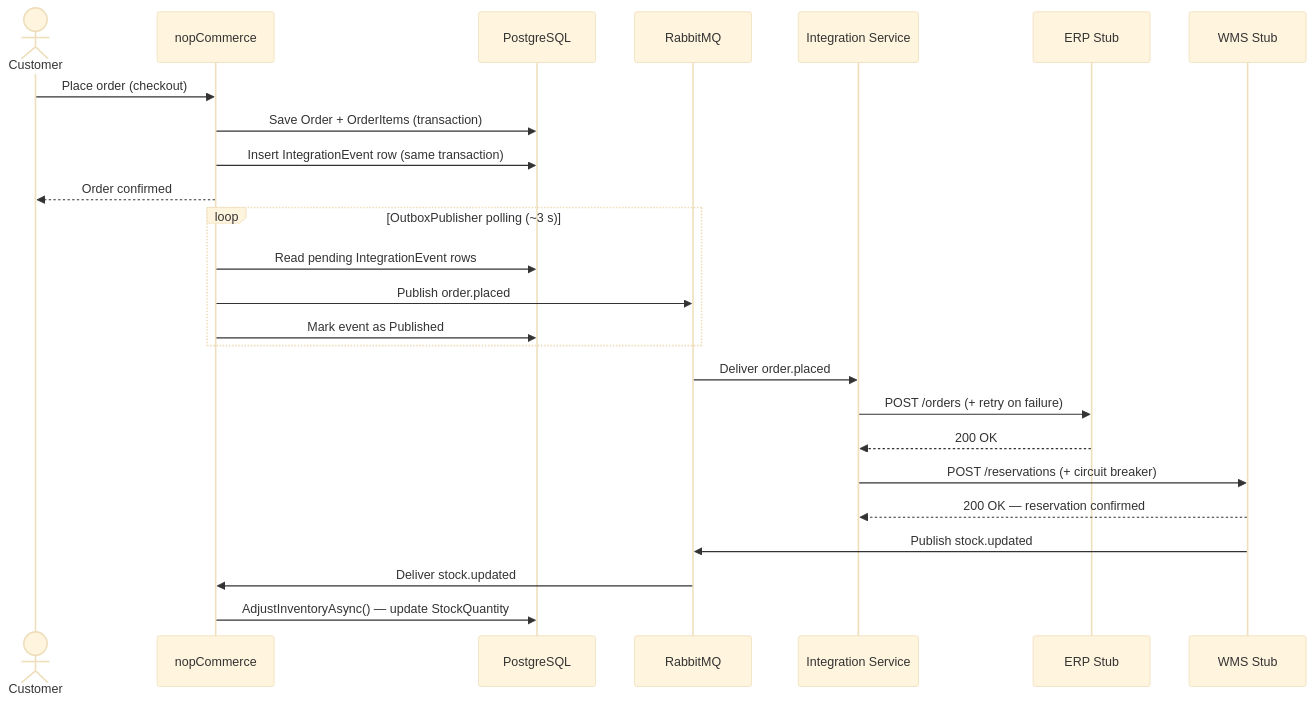
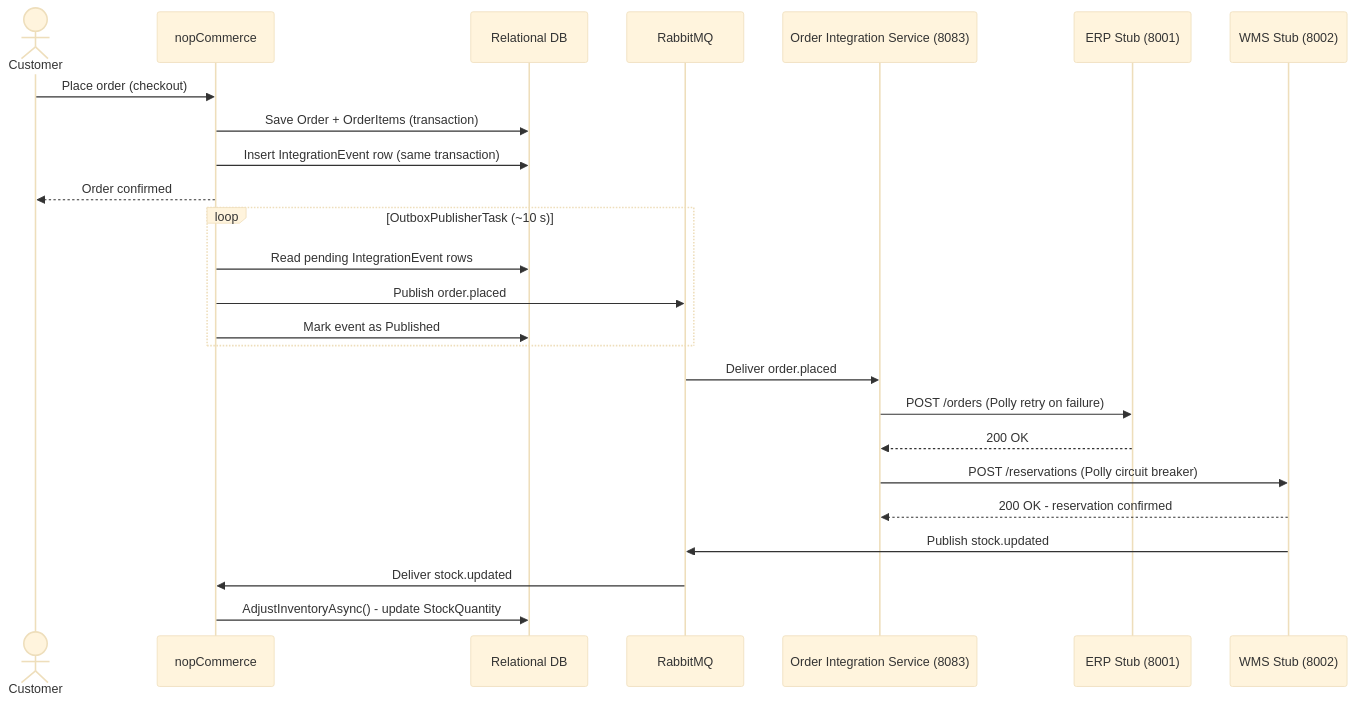
One commit to AS-Assignment2/AS-2-NopCommerce changed the seventh of 11 diagrams in docs/architecture-report.md. Above: the diagram before and after it, drawn with Mermaid (base theme). The commit also changed other lines of this file and 24 other files, not shown here.

````diff
--- a/docs/architecture-report.md
+++ b/docs/architecture-report.md
@@ -421,31 +448,31 @@
 ```mermaid
 sequenceDiagram
     actor Customer
     participant NOP as nopCommerce
-    participant DB as PostgreSQL
+    participant DB as Relational DB
     participant RMQ as RabbitMQ
-    participant IntSvc as Integration Service
-    participant ERP as ERP Stub
-    participant WMS as WMS Stub
+    participant IntSvc as Order Integration Service (8083)
+    participant ERP as ERP Stub (8001)
+    participant WMS as WMS Stub (8002)
 
     Customer->>NOP: Place order (checkout)
     NOP->>DB: Save Order + OrderItems (transaction)
     NOP->>DB: Insert IntegrationEvent row (same transaction)
     NOP-->>Customer: Order confirmed
 
-    loop OutboxPublisher polling (~3 s)
+    loop OutboxPublisherTask (~10 s)
         NOP->>DB: Read pending IntegrationEvent rows
         NOP->>RMQ: Publish order.placed
         NOP->>DB: Mark event as Published
     end
 
     RMQ->>IntSvc: Deliver order.placed
-    IntSvc->>ERP: POST /orders (+ retry on failure)
+    IntSvc->>ERP: POST /orders (Polly retry on failure)
     ERP-->>IntSvc: 200 OK
-    IntSvc->>WMS: POST /reservations (+ circuit breaker)
-    WMS-->>IntSvc: 200 OK — reservation confirmed
+    IntSvc->>WMS: POST /reservations (Polly circuit breaker)
+    WMS-->>IntSvc: 200 OK - reservation confirmed
     WMS->>RMQ: Publish stock.updated
 
     RMQ->>NOP: Deliver stock.updated
-    NOP->>DB: AdjustInventoryAsync() — update StockQuantity
+    NOP->>DB: AdjustInventoryAsync() - update StockQuantity
 ```
````
